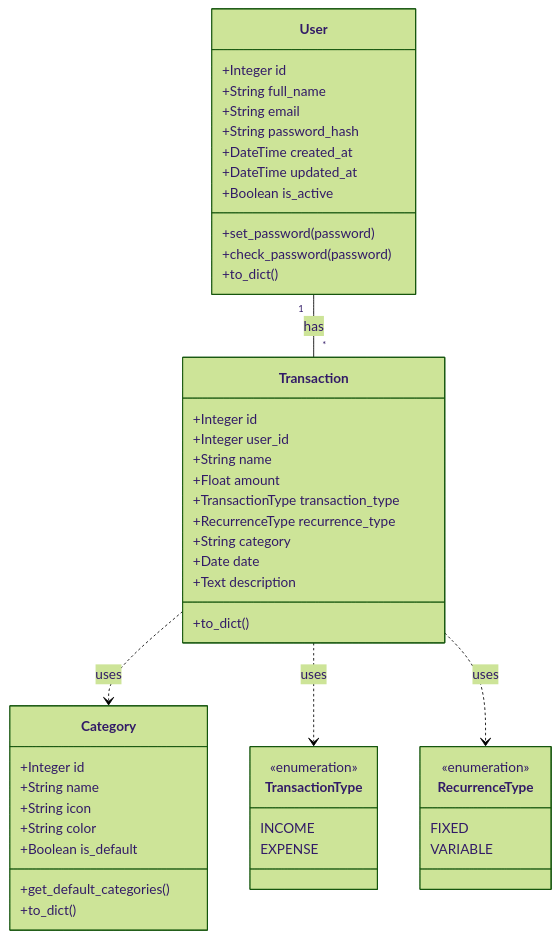
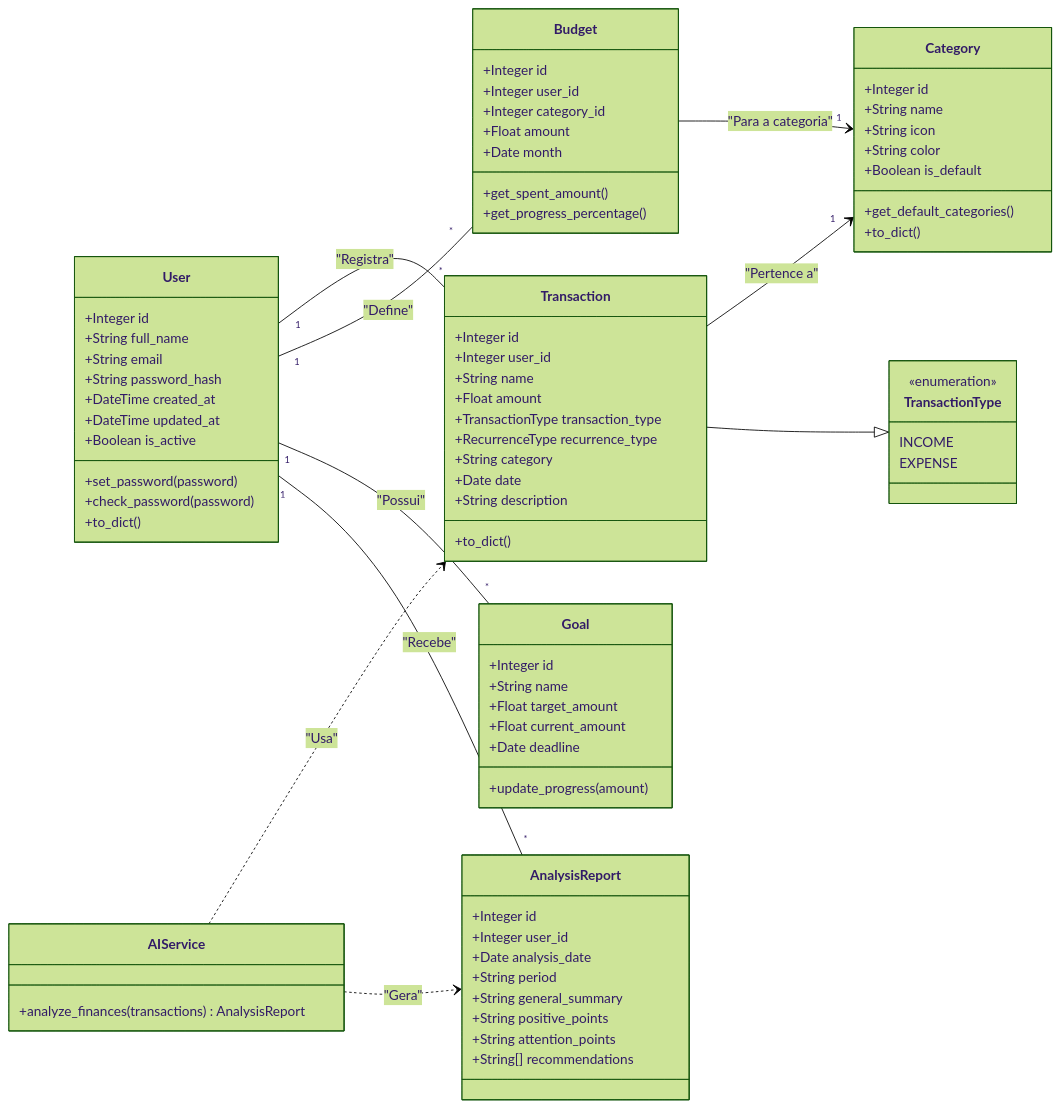
The diagram in README.md (AntFe/CashMind---FrontEnd), drawn with Mermaid (forest theme) before and after one commit. The commit also changed other lines of this file, not shown here.

Commit message:
atualizando diagrama de classes no readme

````diff
--- a/README.md
+++ b/README.md
@@ -36,5 +49,7 @@
 ```mermaid
 classDiagram
+    direction LR
+
     class User {
         +Integer id
         +String full_name
@@ -57,7 +72,7 @@
         +RecurrenceType recurrence_type
         +String category
         +Date date
-        +Text description
+        +String description
         +to_dict()
     }
     
@@ -70,21 +85,57 @@
         +get_default_categories()
         +to_dict()
     }
+
+    class Budget {
+        +Integer id
+        +Integer user_id
+        +Integer category_id
+        +Float amount
+        +Date month
+        +get_spent_amount()
+        +get_progress_percentage()
+    }
+
+    class Goal {
+        +Integer id
+        +String name
+        +Float target_amount
+        +Float current_amount
+        +Date deadline
+        +update_progress(amount)
+    }
     
+    class AnalysisReport {
+        +Integer id
+        +Integer user_id
+        +Date analysis_date
+        +String period
+        +String general_summary
+        +String positive_points
+        +String attention_points
+        +String[] recommendations
+    }
+
+    class AIService {
+        +analyze_finances(transactions) AnalysisReport
+    }
+
     class TransactionType {
         <<enumeration>>
         INCOME
         EXPENSE
     }
-    
-    class RecurrenceType {
-        <<enumeration>>
-        FIXED
-        VARIABLE
-    }
-    
-    User "1" -- "*" Transaction : has
-    Transaction ..> Category : uses
-    Transaction ..> TransactionType : uses
-    Transaction ..> RecurrenceType : uses
+
+    User "1" -- " *" Transaction : "Registra"
+    User "1" -- " *" Budget : "Define"
+    User "1" -- " *" Goal : "Possui"
+    User "1" -- " *" AnalysisReport : "Recebe"
+
+    Transaction --> "1" Category : "Pertence a"
+    Transaction --|> TransactionType
+
+    Budget --> "1" Category : "Para a categoria"
+
+    AIService ..> Transaction : "Usa"
+    AIService ..> AnalysisReport : "Gera"
 ```
````
